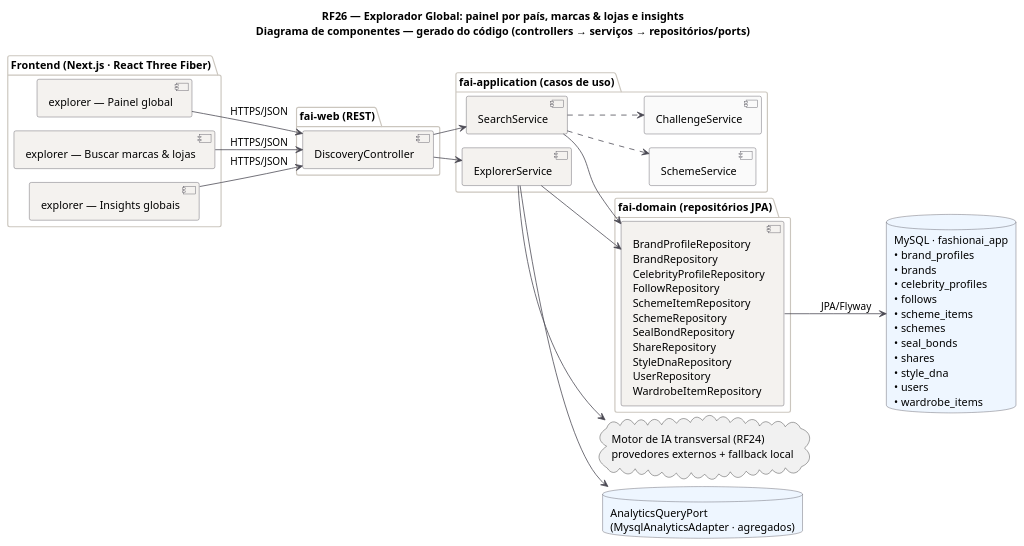
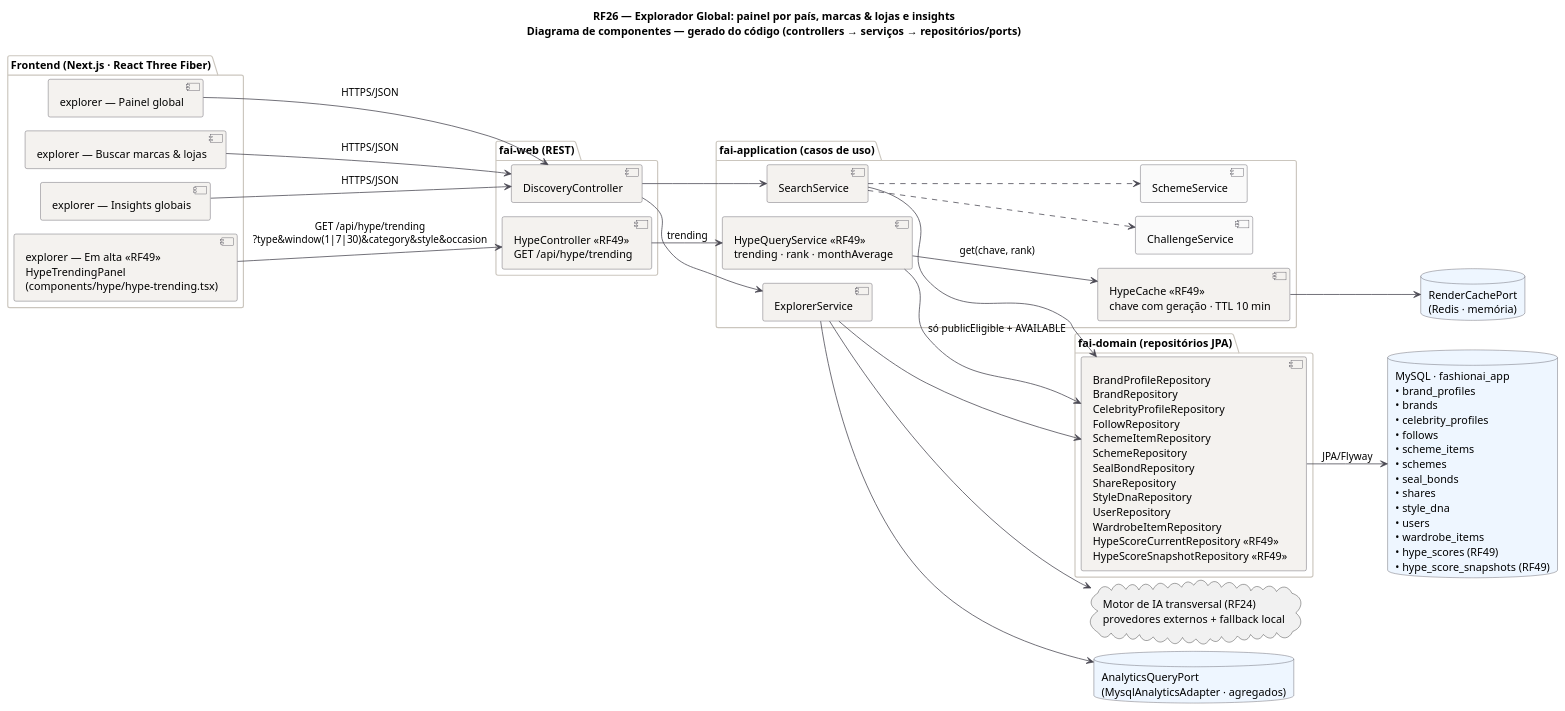
One commit to MatheusHaliski/tcc-2026-fashion-ai-backend changed the diagram in docs/diagramas/RF26/RF26-componentes.puml. Above: the diagram before and after it, drawn with PlantUML. The commit also changed 25 other files, not shown here.

First line of the commit message:
Diagramas RF10, RF19 e RF26 atualizados com o HypeScore v2 (RF49)

```diff
--- a/docs/diagramas/RF26/RF26-componentes.puml
+++ b/docs/diagramas/RF26/RF26-componentes.puml
@@ -1,52 +1,62 @@
 @startuml RF26_Componentes
 title RF26 — Explorador Global: painel por país, marcas & lojas e insights\nDiagrama de componentes — gerado do código (controllers → serviços → repositórios/ports)
 !pragma layout smetana
 skinparam backgroundColor #FFFFFF
 skinparam component {
   BackgroundColor #F4F2EF
   BorderColor #4A4852
   ArrowColor #4A4852
 }
 skinparam package {
   BorderColor #CBC6BE
 }
 skinparam database {
   BackgroundColor #EEF6FF
   BorderColor #4A4852
 }
 left to right direction
 
 package "Frontend (Next.js · React Three Fiber)" {
   component "explorer — Painel global" as FE0
   component "explorer — Buscar marcas & lojas" as FE1
   component "explorer — Insights globais" as FE2
+  component "explorer — Em alta <<RF49>>\nHypeTrendingPanel\n(components/hype/hype-trending.tsx)" as FE3
 }
 package "fai-web (REST)" {
   [DiscoveryController] as DiscoveryController
+  [HypeController <<RF49>>\nGET /api/hype/trending] as HypeController
 }
 package "fai-application (casos de uso)" {
   [SearchService] as SearchService
   [ExplorerService] as ExplorerService
   [SchemeService] as SchemeService #FAFAFA
   [ChallengeService] as ChallengeService #FAFAFA
+  [HypeQueryService <<RF49>>\ntrending · rank · monthAverage] as HypeQueryService
+  [HypeCache <<RF49>>\nchave com geração · TTL 10 min] as HypeCache
 }
 package "fai-domain (repositórios JPA)" {
-  [BrandProfileRepository\nBrandRepository\nCelebrityProfileRepository\nFollowRepository\nSchemeItemRepository\nSchemeRepository\nSealBondRepository\nShareRepository\nStyleDnaRepository\nUserRepository\nWardrobeItemRepository] as REPOS
+  [BrandProfileRepository\nBrandRepository\nCelebrityProfileRepository\nFollowRepository\nSchemeItemRepository\nSchemeRepository\nSealBondRepository\nShareRepository\nStyleDnaRepository\nUserRepository\nWardrobeItemRepository\nHypeScoreCurrentRepository <<RF49>>\nHypeScoreSnapshotRepository <<RF49>>] as REPOS
 }
-database "MySQL · fashionai_app\n• brand_profiles\n• brands\n• celebrity_profiles\n• follows\n• scheme_items\n• schemes\n• seal_bonds\n• shares\n• style_dna\n• users\n• wardrobe_items" as DB
+database "MySQL · fashionai_app\n• brand_profiles\n• brands\n• celebrity_profiles\n• follows\n• scheme_items\n• schemes\n• seal_bonds\n• shares\n• style_dna\n• users\n• wardrobe_items\n• hype_scores (RF49)\n• hype_score_snapshots (RF49)" as DB
 cloud "Motor de IA transversal (RF24)\nprovedores externos + fallback local" as P_ai
 database "AnalyticsQueryPort\n(MysqlAnalyticsAdapter · agregados)" as P_analytics
+database "RenderCachePort\n(Redis · memória)" as P_cache
 
 FE0 --> DiscoveryController : HTTPS/JSON
 FE1 --> DiscoveryController : HTTPS/JSON
 FE2 --> DiscoveryController : HTTPS/JSON
+FE3 --> HypeController : GET /api/hype/trending\n?type&window(1|7|30)&category&style&occasion
 DiscoveryController --> SearchService
 DiscoveryController --> ExplorerService
 SearchService ..> SchemeService
 SearchService ..> ChallengeService
 SearchService --> REPOS
 ExplorerService --> REPOS
 ExplorerService --> P_analytics
 ExplorerService --> P_ai
+HypeController --> HypeQueryService : trending
+HypeQueryService --> HypeCache : get(chave, rank)
+HypeCache --> P_cache
+HypeQueryService --> REPOS : só publicEligible + AVAILABLE
 REPOS --> DB : JPA/Flyway
 @enduml
```
